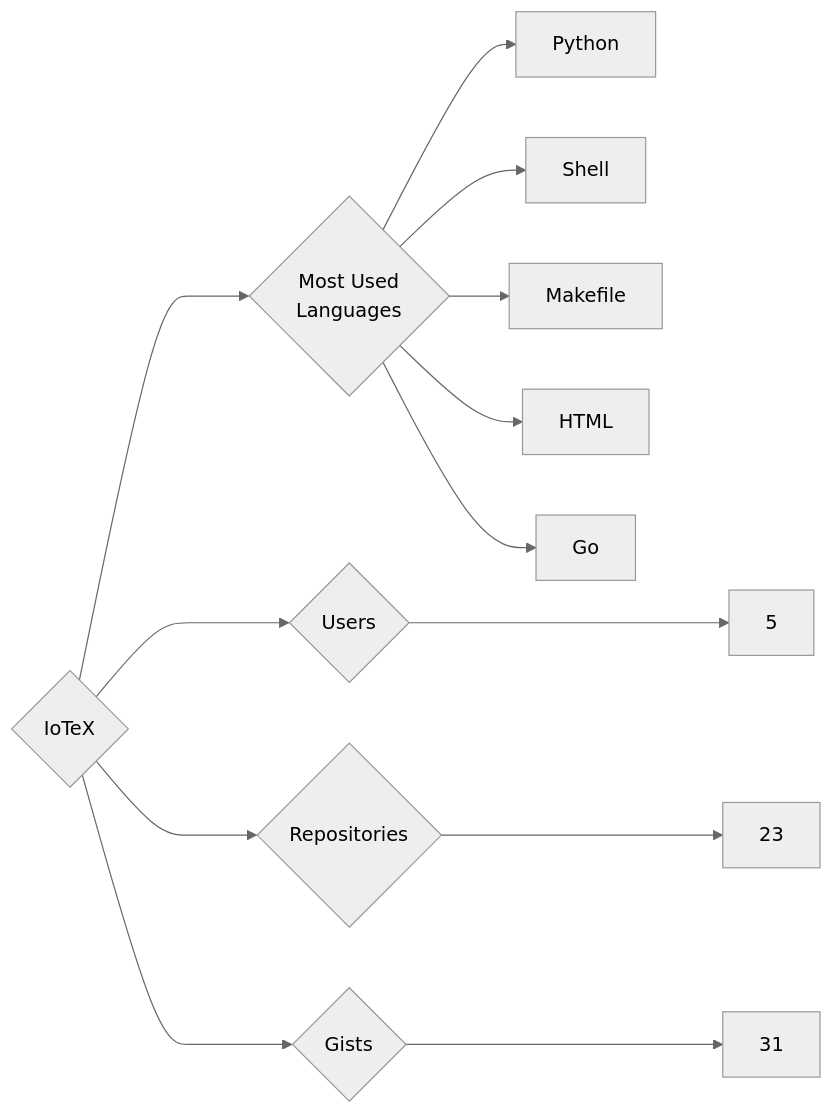
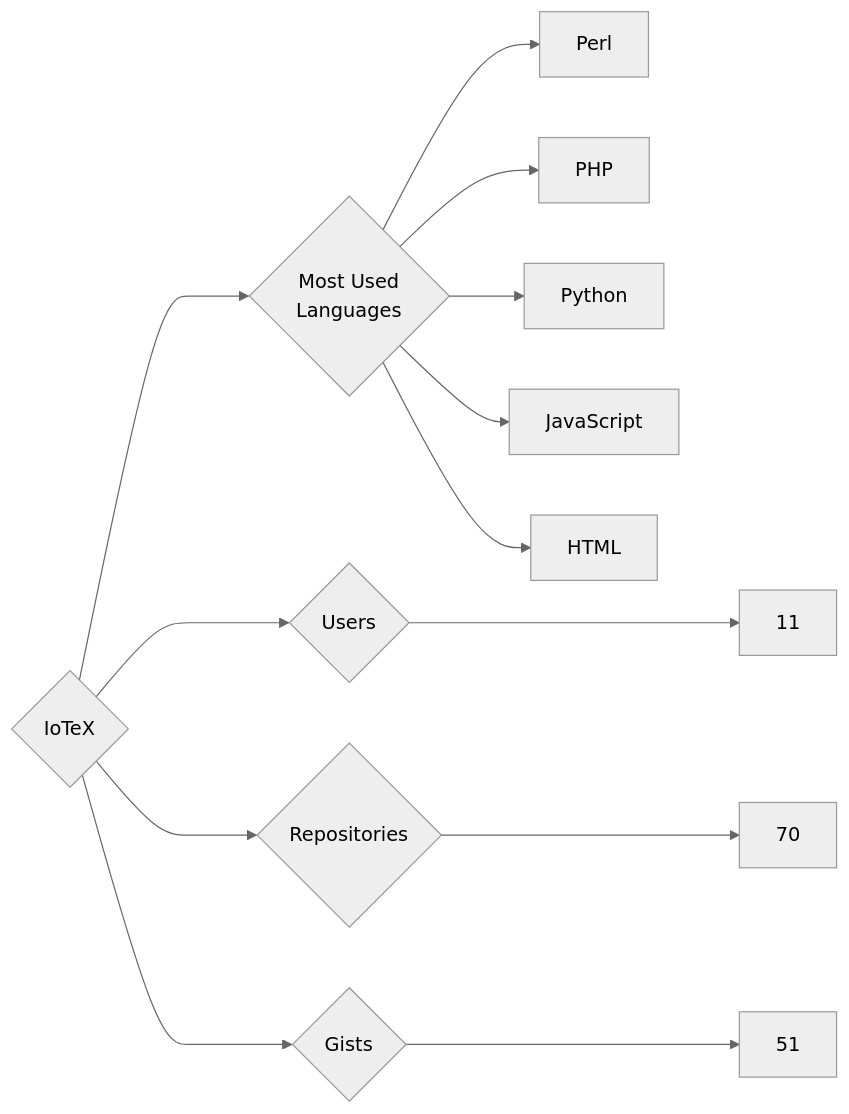
Before and after one commit to trickest/insiders: the diagram in targets/IoTeX/README.md, drawn with Mermaid (neutral theme). The commit also changed 724 other files, not shown here.

````diff
--- a/targets/IoTeX/README.md
+++ b/targets/IoTeX/README.md
@@ -3,13 +3,13 @@
 ```mermaid
 graph LR
 COMPANY_NAME{IoTeX}
-COMPANY_NAME ---> U{Users} ---> UN[5]
-COMPANY_NAME ---> R{Repositories} ---> RN[23]
-COMPANY_NAME ---> G{Gists} ---> GN[31]
+COMPANY_NAME ---> U{Users} ---> UN[11]
+COMPANY_NAME ---> R{Repositories} ---> RN[70]
+COMPANY_NAME ---> G{Gists} ---> GN[51]
 COMPANY_NAME ---> ML{Most Used<br>Languages}
+ML --> Perl[Perl]
+ML --> PHP[PHP]
 ML --> Python[Python]
-ML --> Shell[Shell]
-ML --> Makefile[Makefile]
+ML --> JavaScript[JavaScript]
 ML --> HTML[HTML]
-ML --> Go[Go]
 ```
````
